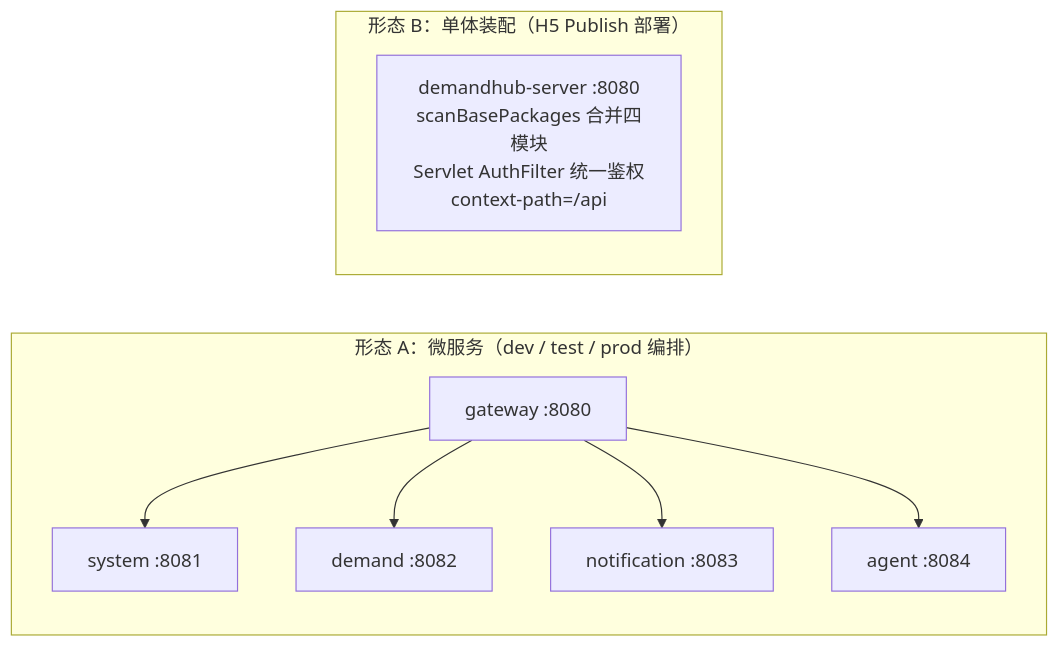
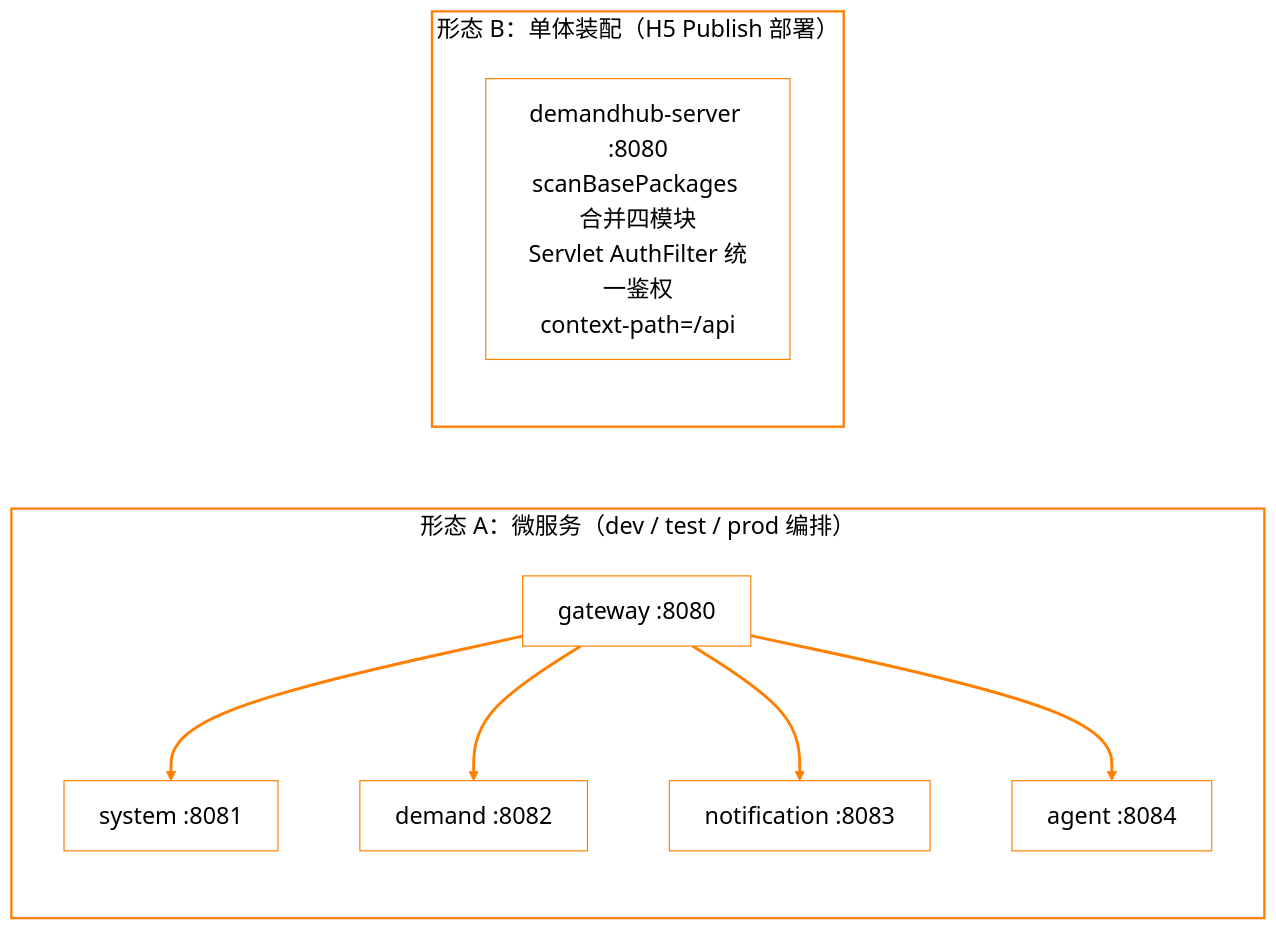
One commit to Motree1021/DemandHub changed the second of 2 diagrams in DemandHub_系统架构_现状_v1.0.md. Above: the diagram before and after it, drawn with Mermaid. The commit also changed other lines of this file and 6 other files, not shown here.

````diff
--- a/DemandHub_系统架构_现状_v1.0.md
+++ b/DemandHub_系统架构_现状_v1.0.md
@@ -87,14 +93,19 @@
 ```mermaid
+%%{init: {'theme':'base', 'flowchart':{'useMaxWidth':false, 'htmlLabels':true, 'nodeSpacing':70, 'rankSpacing':90}, 'themeVariables':{'fontSize':'20px', 'background':'#ffffff', 'mainBkg':'#ffffff', 'primaryColor':'#ffffff', 'primaryBorderColor':'#ff7f00', 'primaryTextColor':'#000000', 'lineColor':'#ff7f00', 'clusterBkg':'#ffffff', 'clusterBorder':'#ff7f00', 'edgeLabelBackground':'#ffffff'}}}%%
 flowchart LR
     subgraph A["形态 A：微服务（dev / test / prod 编排）"]
         direction TB
         G["gateway :8080"] --> S1["system :8081"]
         G --> D1["demand :8082"]
         G --> N1["notification :8083"]
         G --> A1["agent :8084"]
     end
     subgraph B["形态 B：单体装配（H5 Publish 部署）"]
         direction TB
         SRV["demandhub-server :8080<br/>scanBasePackages 合并四模块<br/>Servlet AuthFilter 统一鉴权<br/>context-path=/api"]
     end
+
+    linkStyle default stroke:#ff7f00,stroke-width:2.5px,color:#000000
+    style A fill:#ffffff,stroke:#ff7f00,stroke-width:2px,color:#000000
+    style B fill:#ffffff,stroke:#ff7f00,stroke-width:2px,color:#000000
 ```
````
